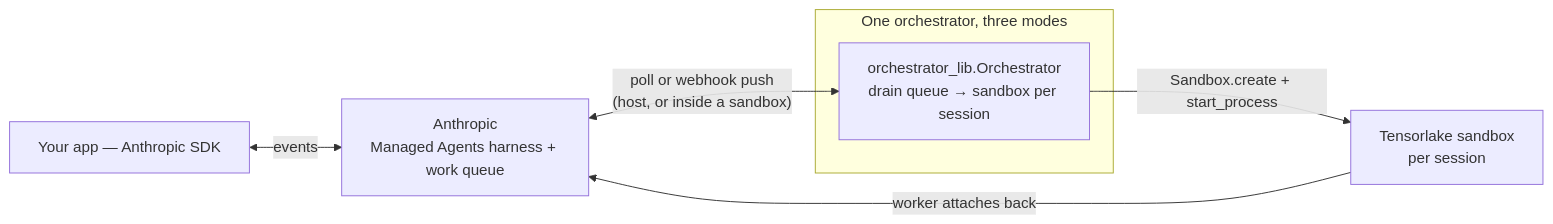
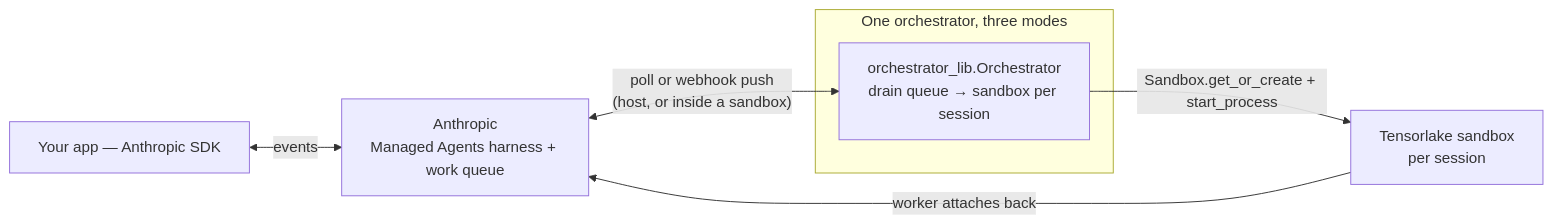
The diagram in examples/managed-agent/README.md (tensorlakeai/claude-managed-agents-tensorlake-sandbox), drawn with Mermaid before and after one commit. The commit also changed other lines of this file and 8 other files, not shown here.

First line of the commit message:
Merge pull request #1 from tensorlakeai/sw/use_get_or_create

````diff
--- a/examples/managed-agent/README.md
+++ b/examples/managed-agent/README.md
@@ -13,10 +13,10 @@
 ```mermaid
 flowchart LR
     client["Your app — Anthropic SDK"] <-->|"events"| harness["Anthropic<br/>Managed Agents harness + work queue"]
     subgraph modes["One orchestrator, three modes"]
         drain["orchestrator_lib.Orchestrator<br/>drain queue → sandbox per session"]
     end
     harness <-->|"poll or webhook push<br/>(host, or inside a sandbox)"| drain
-    drain -->|"Sandbox.create + start_process"| tsbx["Tensorlake sandbox<br/>per session"]
+    drain -->|"Sandbox.get_or_create + start_process"| tsbx["Tensorlake sandbox<br/>per session"]
     tsbx -->|"worker attaches back"| harness
 ```
````
